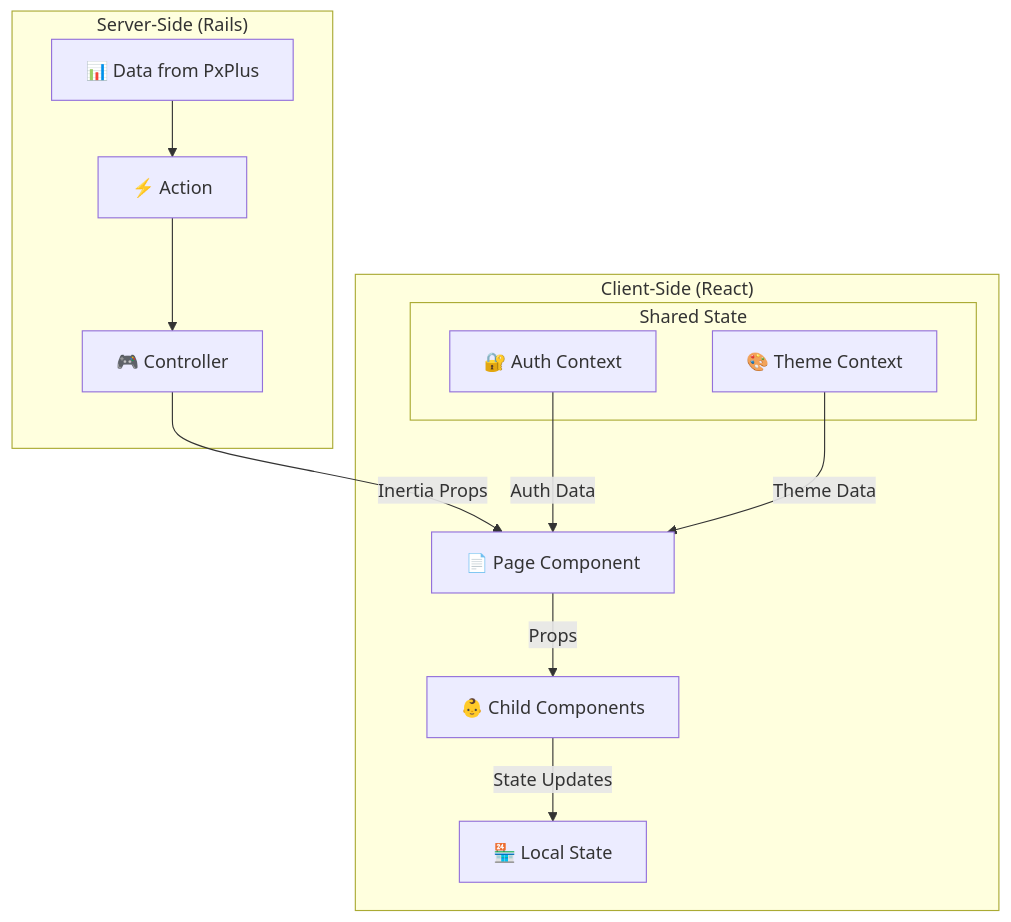
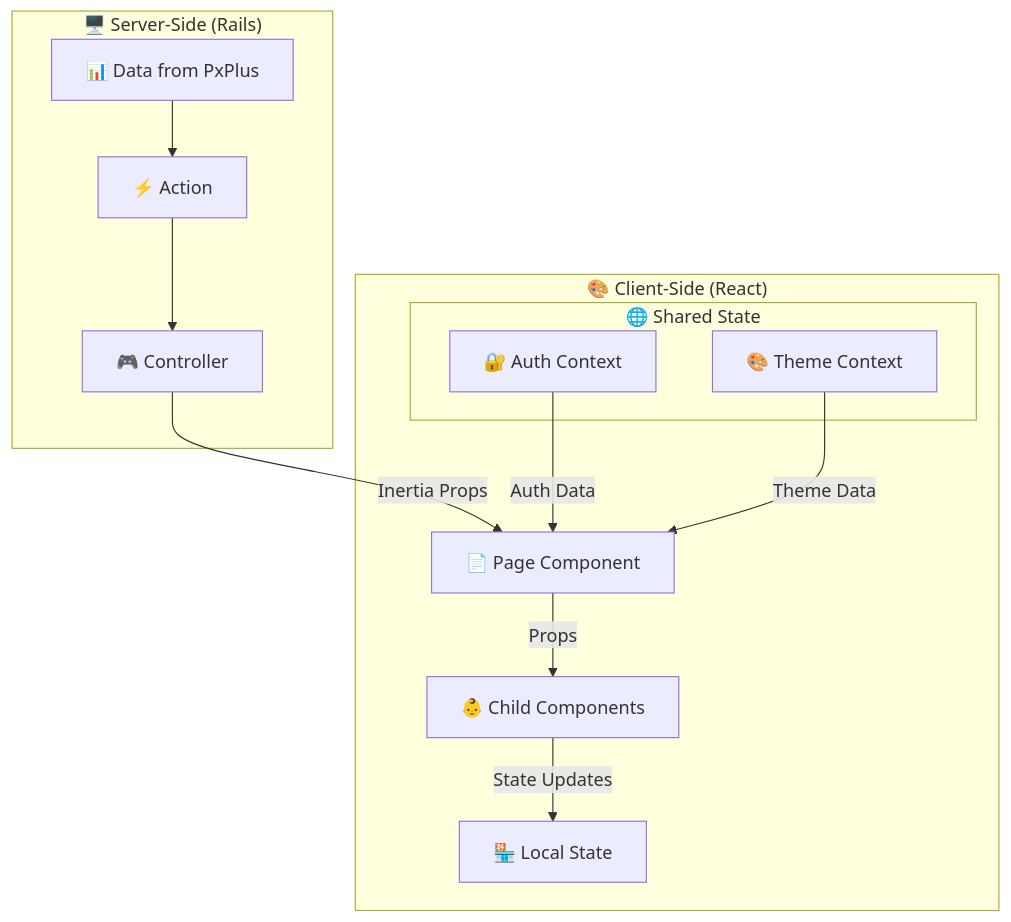
One commit to miguelfiguera/Propuesta-web-mariano changed the fifth of 6 diagrams in diagramas/arquitectura-frontend.md. Above: the diagram before and after it, drawn with Mermaid. The commit also changed other lines of this file and 3 other files, not shown here.

First line of the commit message:
Consolidate documentation and finalize Mermaid diagrams

````diff
--- a/diagramas/arquitectura-frontend.md
+++ b/diagramas/arquitectura-frontend.md
@@ -159,28 +159,28 @@
 ```mermaid
 graph TD
-    subgraph "Server-Side (Rails)"
+    subgraph ServerSide["🖥️ Server-Side (Rails)"]
         Controller[🎮 Controller]
         Action[⚡ Action]
         Data[📊 Data from PxPlus]
     end
     
-    subgraph "Client-Side (React)"
+    subgraph ClientSide["🎨 Client-Side (React)"]
         PageComponent[📄 Page Component]
         ChildComponents[👶 Child Components]
         LocalState[🏪 Local State]
         
-        subgraph "Shared State"
+        subgraph SharedState["🌐 Shared State"]
             AuthContext[🔐 Auth Context]
             ThemeContext[🎨 Theme Context]
         end
     end
     
     Data --> Action
     Action --> Controller
     Controller -->|Inertia Props| PageComponent
     PageComponent -->|Props| ChildComponents
     ChildComponents -->|State Updates| LocalState
     
     AuthContext -->|Auth Data| PageComponent
     ThemeContext -->|Theme Data| PageComponent
 ```
````
